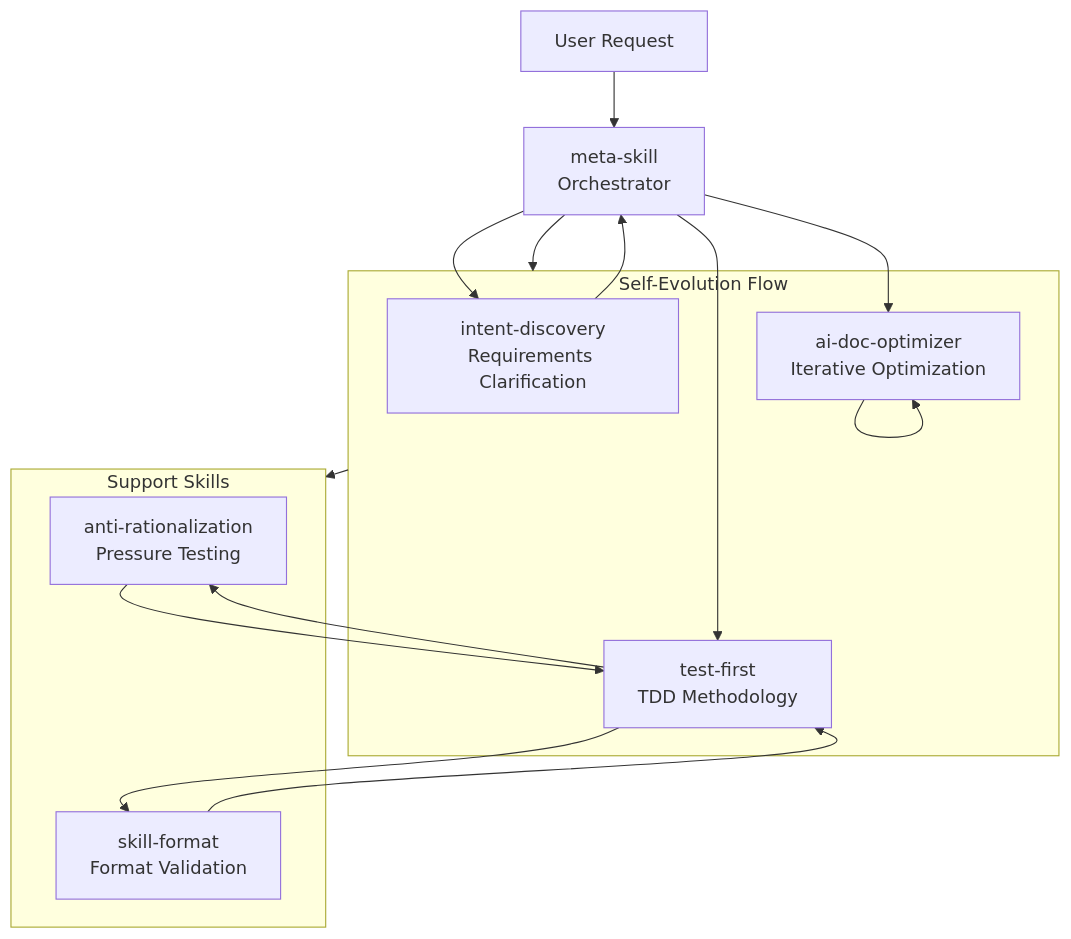
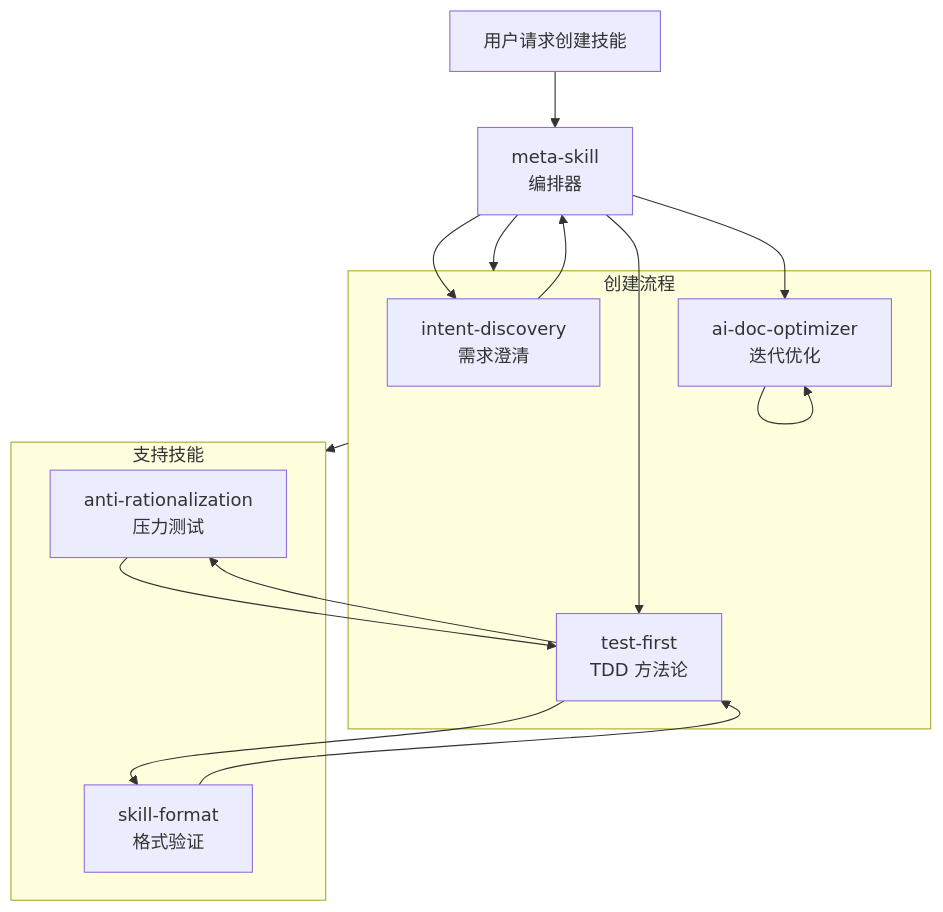
Before and after one commit to Z-JaDe/meta-skill: the diagram in README.md, drawn with Mermaid. The commit also changed other lines of this file and 2 other files, not shown here.

First line of the commit message:
docs: clarify meta-skill architecture and skill library structure

````diff
--- a/README.md
+++ b/README.md
@@ -47,30 +61,30 @@
 ```mermaid
 flowchart TB
-    User[User Request] --> Meta[meta-skill<br/>Orchestrator]
-    
-    Meta --> ID[intent-discovery<br/>Requirements Clarification]
+    User[用户请求创建技能] --> Meta[meta-skill<br/>编排器]
+
+    Meta --> ID[intent-discovery<br/>需求澄清]
     ID --> Meta
-    
-    Meta --> TF[test-first<br/>TDD Methodology]
-    TF --> AR[anti-rationalization<br/>Pressure Testing]
+
+    Meta --> TF[test-first<br/>TDD 方法论]
+    TF --> AR[anti-rationalization<br/>压力测试]
     AR --> TF
-    TF --> SF[skill-format<br/>Format Validation]
+    TF --> SF[skill-format<br/>格式验证]
     SF --> TF
-    
-    Meta --> AO[ai-doc-optimizer<br/>Iterative Optimization]
+
+    Meta --> AO[ai-doc-optimizer<br/>迭代优化]
     AO --> AO
-    
-    subgraph Flow[Self-Evolution Flow]
+
+    subgraph Flow[创建流程]
         ID
         TF
         AO
     end
-    
-    subgraph Support[Support Skills]
+
+    subgraph Support[支持技能]
         AR
         SF
     end
-    
+
     Meta --> Flow
     Flow --> Support
 ```
````
